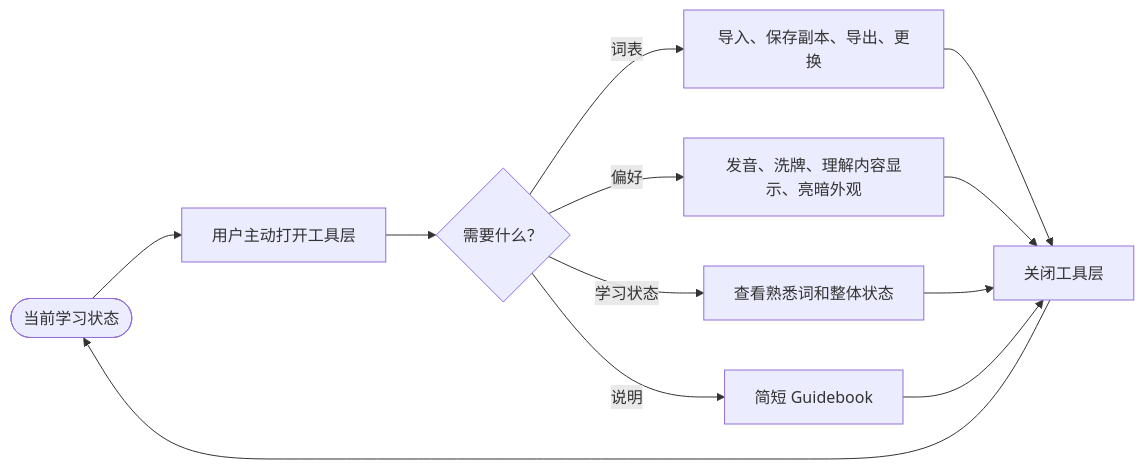
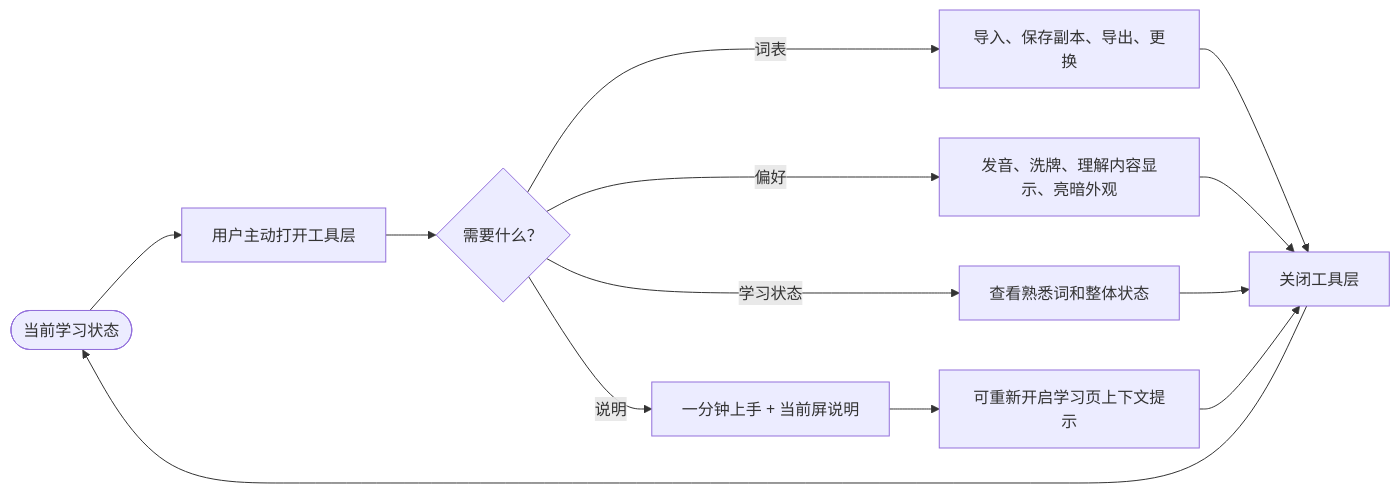
Before and after one commit to Ganzhe2028/FlashVocab: diagram 16 of 17 in docs/flashvocab-3-user-flow.md, drawn with Mermaid. The commit also changed other lines of this file and 17 other files, not shown here.

Commit message:
初步尝试优化初次使用体验。并更换GitHub图标

````diff
--- a/docs/flashvocab-3-user-flow.md
+++ b/docs/flashvocab-3-user-flow.md
@@ -409,14 +411,15 @@
 ```mermaid
 flowchart LR
     study(["当前学习状态"]) --> open["用户主动打开工具层"]
     open --> choice{"需要什么？"}
     choice -->|"词表"| deck["导入、保存副本、导出、更换"]
     choice -->|"偏好"| settings["发音、洗牌、理解内容显示、亮暗外观"]
     choice -->|"学习状态"| progress["查看熟悉词和整体状态"]
-    choice -->|"说明"| guide["简短 Guidebook"]
+    choice -->|"说明"| guide["一分钟上手 + 当前屏说明"]
     deck --> close["关闭工具层"]
     settings --> close
     progress --> close
-    guide --> close
+    guide --> restart["可重新开启学习页上下文提示"]
+    restart --> close
     close --> study
 ```
````
